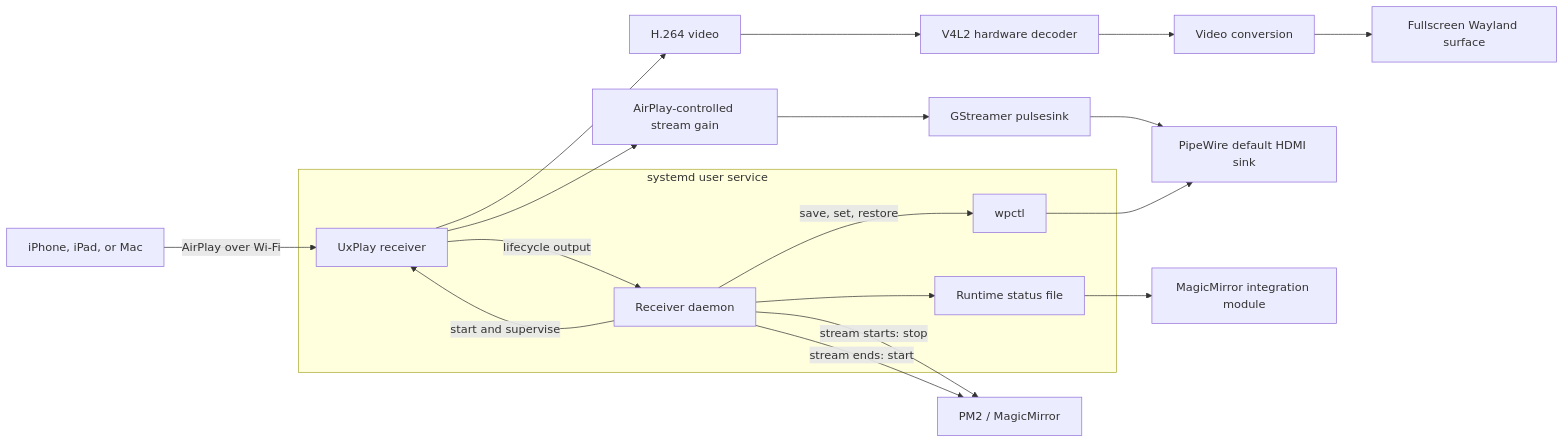
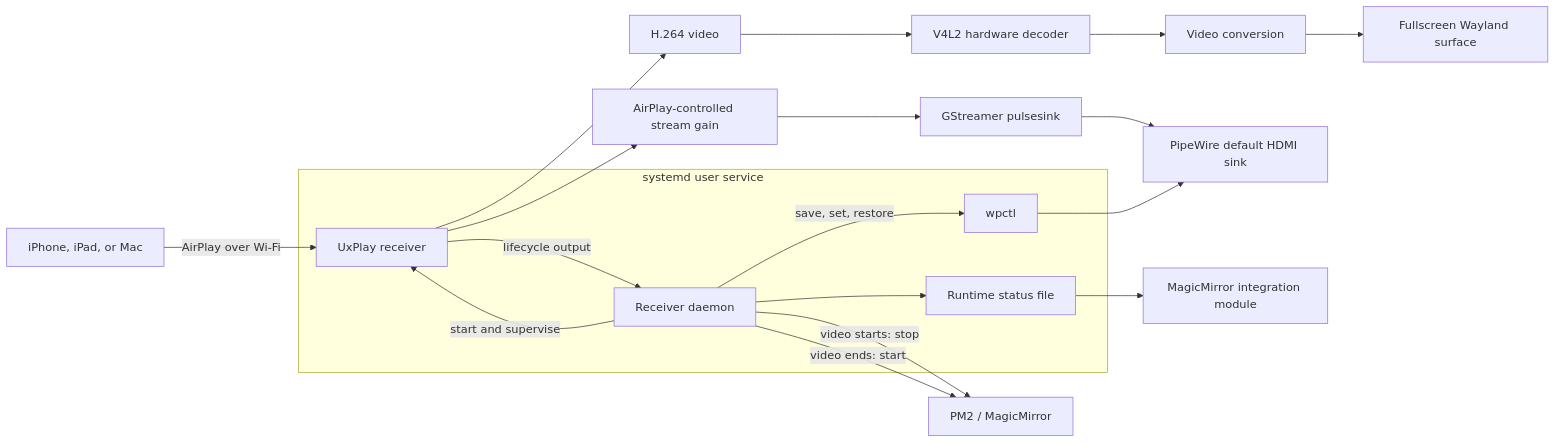
One commit to streicherlouw/MMM-Airplay-Receiver changed the diagram in README.md. Above: the diagram before and after it, drawn with Mermaid. The commit also changed other lines of this file and 3 other files, not shown here.

````diff
--- a/README.md
+++ b/README.md
@@ -63,25 +64,25 @@
 ```mermaid
 flowchart LR
     Apple["iPhone, iPad, or Mac"] -->|"AirPlay over Wi-Fi"| UxPlay["UxPlay receiver"]
 
     subgraph ReceiverService["systemd user service"]
         Daemon["Receiver daemon"] -->|"start and supervise"| UxPlay
         UxPlay -->|"lifecycle output"| Daemon
         Daemon --> Status["Runtime status file"]
         Daemon -->|"save, set, restore"| Wpctl["wpctl"]
     end
 
     UxPlay --> Video["H.264 video"]
     Video --> Decoder["V4L2 hardware decoder"]
     Decoder --> Convert["Video conversion"]
     Convert --> Wayland["Fullscreen Wayland surface"]
 
     UxPlay --> Audio["AirPlay-controlled stream gain"]
     Audio --> Pulse["GStreamer pulsesink"]
     Pulse --> PipeWire["PipeWire default HDMI sink"]
     Wpctl --> PipeWire
 
-    Daemon -->|"stream starts: stop"| PM2["PM2 / MagicMirror"]
-    Daemon -->|"stream ends: start"| PM2
+    Daemon -->|"video starts: stop"| PM2["PM2 / MagicMirror"]
+    Daemon -->|"video ends: start"| PM2
     Status --> Module["MagicMirror integration module"]
 ```
````
